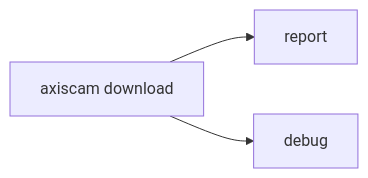
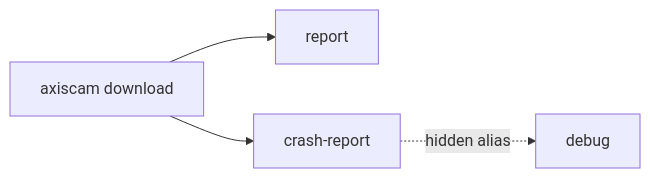
One commit to NetDevAutomate/axiscam changed the seventh of 14 diagrams in docs/cli-reference.md. Above: the diagram before and after it, drawn with Mermaid. The commit also changed other lines of this file and 6 other files, not shown here.

First line of the commit message:
docs(phase-3): dedicated log CGIs, crash-report, 0600 files; coverage 62

````diff
--- a/docs/cli-reference.md
+++ b/docs/cli-reference.md
@@ -551,5 +557,6 @@
 ```mermaid
 flowchart LR
     DOWNLOAD[axiscam download] --> REPORT[report]
-    DOWNLOAD --> DEBUG[debug]
+    DOWNLOAD --> CRASH[crash-report]
+    CRASH -.hidden alias.-> DEBUG[debug]
 ```
````
